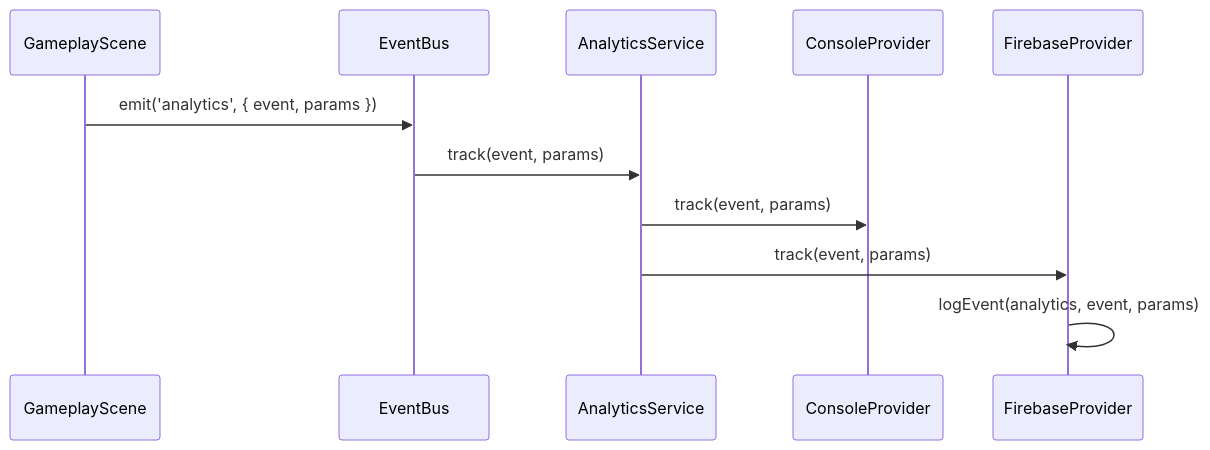
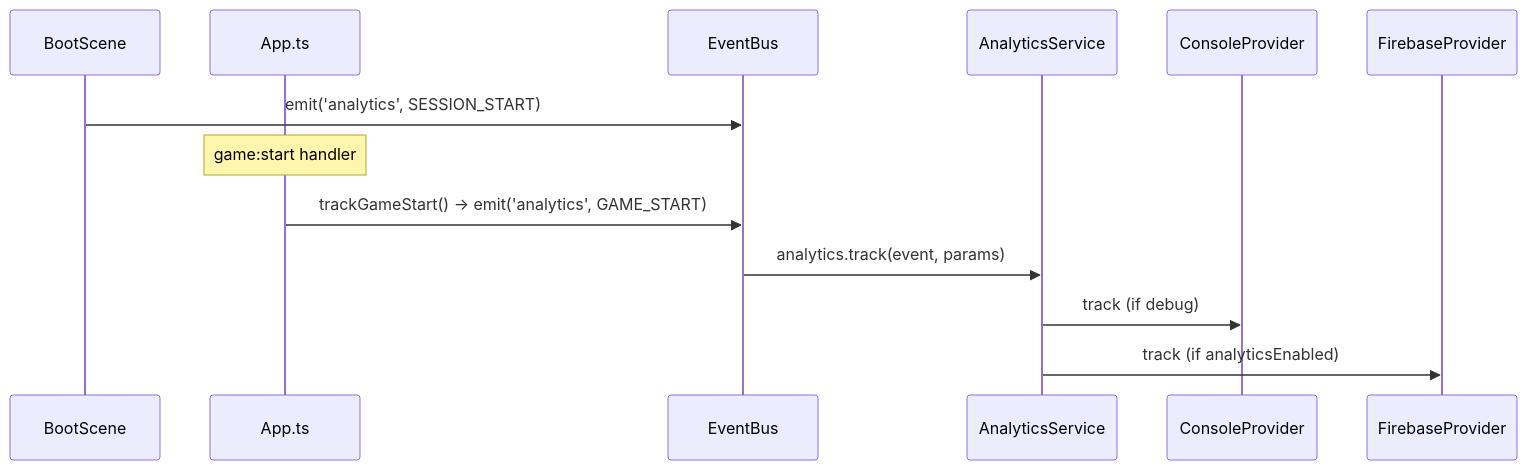
The second of 2 diagrams in docs/analytics.md (kevinvuong-mim/game-starter-kit), drawn with Mermaid before and after one commit. The commit also changed other lines of this file and 5 other files, not shown here.

Commit message:
Update architecture documentation to reflect changes

````diff
--- a/docs/analytics.md
+++ b/docs/analytics.md
@@ -34,14 +37,16 @@
 ```mermaid
 sequenceDiagram
-  participant G as GameplayScene
+  participant B as BootScene
+  participant A as App.ts
   participant EB as EventBus
-  participant A as AnalyticsService
+  participant AS as AnalyticsService
   participant C as ConsoleProvider
   participant F as FirebaseProvider
 
-  G->>EB: emit('analytics', { event, params })
-  EB->>A: track(event, params)
-  A->>C: track(event, params)
-  A->>F: track(event, params)
-  F->>F: logEvent(analytics, event, params)
+  B->>EB: emit('analytics', SESSION_START)
+  Note over A: game:start handler
+  A->>EB: trackGameStart() → emit('analytics', GAME_START)
+  EB->>AS: analytics.track(event, params)
+  AS->>C: track (if debug)
+  AS->>F: track (if analyticsEnabled)
 ```
````
